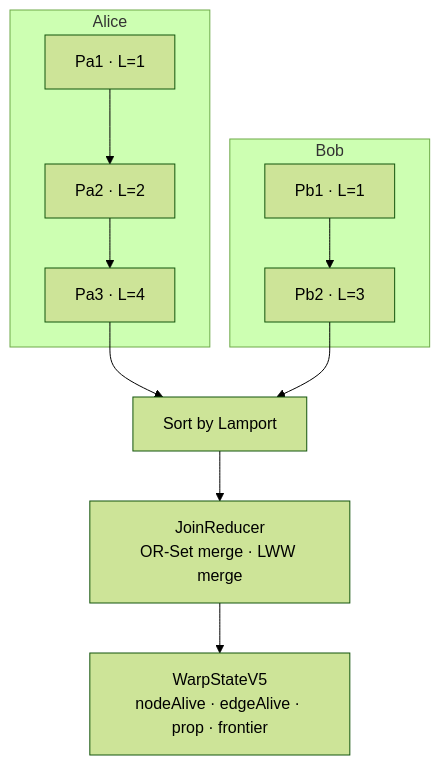
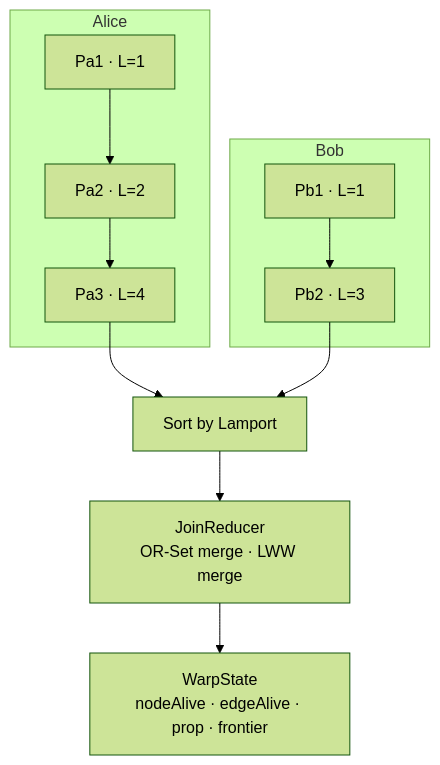
One commit to git-stunts/git-warp changed the third of 8 diagrams in docs/API_REFERENCE.md. Above: the diagram before and after it, drawn with Mermaid (forest theme). The commit also changed other lines of this file and 134 other files, not shown here.

````diff
--- a/docs/API_REFERENCE.md
+++ b/docs/API_REFERENCE.md
@@ -715,14 +715,14 @@
 ```mermaid
 flowchart TB
     subgraph alice["Alice"]
         pa1["Pa1 · L=1"] --> pa2["Pa2 · L=2"] --> pa3["Pa3 · L=4"]
     end
 
     subgraph bob["Bob"]
         pb1["Pb1 · L=1"] --> pb2["Pb2 · L=3"]
     end
 
     pa3 & pb2 --> sort["Sort by Lamport"]
     sort --> reducer["JoinReducer<br/>OR-Set merge · LWW merge"]
-    reducer --> state["WarpStateV5<br/>nodeAlive · edgeAlive · prop · frontier"]
+    reducer --> state["WarpState<br/>nodeAlive · edgeAlive · prop · frontier"]
 ```
````
